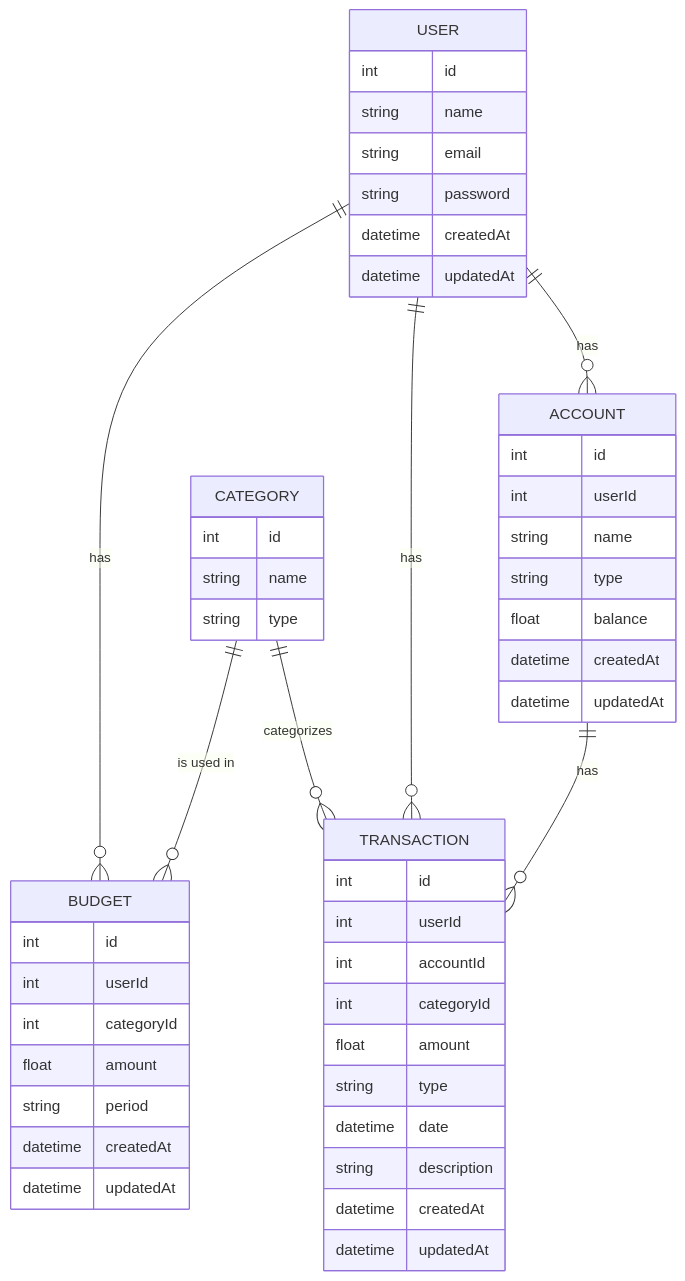
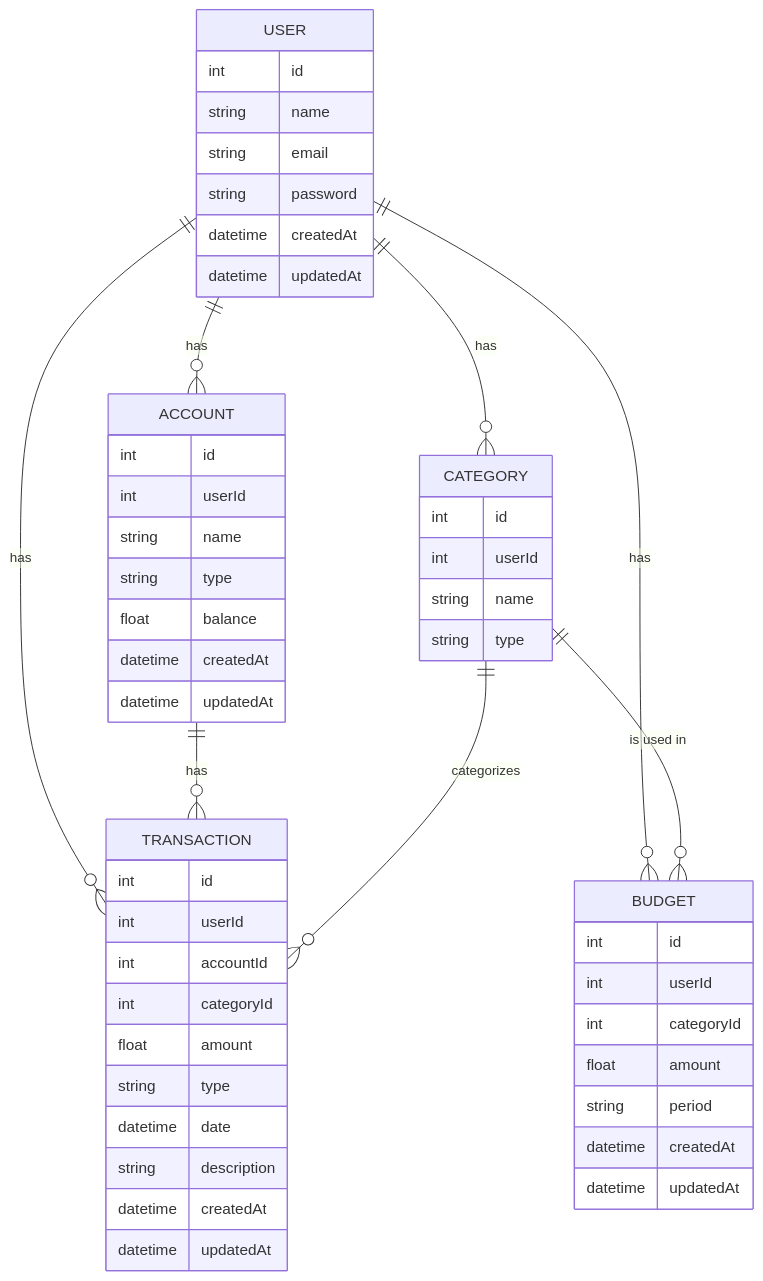
Before and after one commit to prubianes/guit-app-api: the diagram in README.md, drawn with Mermaid. The commit also changed other lines of this file and 12 other files, not shown here.

````diff
--- a/README.md
+++ b/README.md
@@ -137,53 +137,55 @@
 ```mermaid
 erDiagram
     USER {
         int id
         string name
         string email
         string password
         datetime createdAt
         datetime updatedAt
     }
     ACCOUNT {
         int id
         int userId
         string name
         string type
         float balance
         datetime createdAt
         datetime updatedAt
     }
     CATEGORY {
         int id
+        int userId
         string name
         string type
     }
     TRANSACTION {
         int id
         int userId
         int accountId
         int categoryId
         float amount
         string type
         datetime date
         string description
         datetime createdAt
         datetime updatedAt
     }
     BUDGET {
         int id
         int userId
         int categoryId
         float amount
         string period
         datetime createdAt
         datetime updatedAt
     }
 
     USER ||--o{ ACCOUNT : "has"
+    USER ||--o{ CATEGORY : "has"
     USER ||--o{ TRANSACTION : "has"
     USER ||--o{ BUDGET : "has"
     ACCOUNT ||--o{ TRANSACTION : "has"
     CATEGORY ||--o{ TRANSACTION : "categorizes"
     CATEGORY ||--o{ BUDGET : "is used in"
 ```
````
